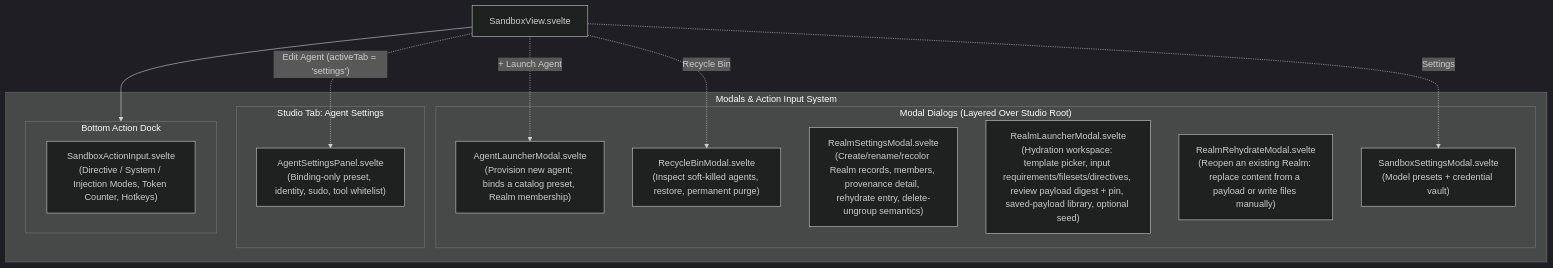
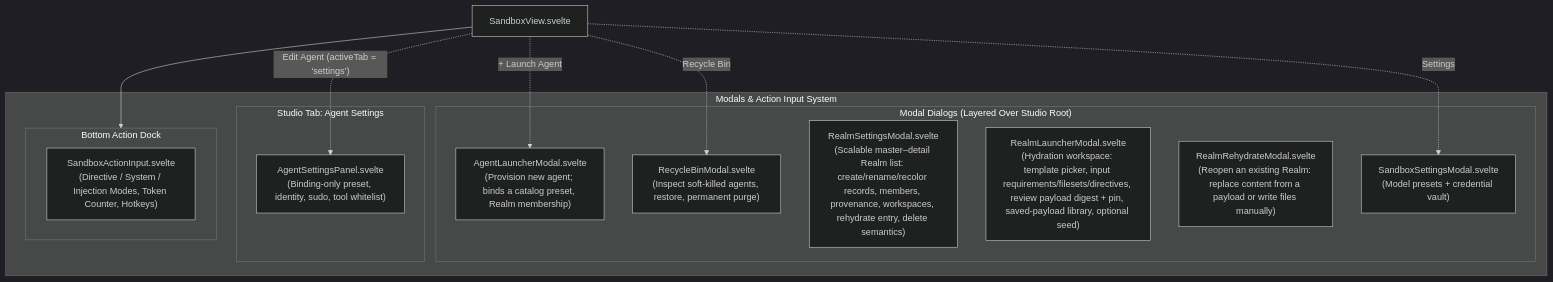
Before and after one commit to crestfallnafterdark/nightcurtain: the first of 4 diagrams in docs/ui/modals_and_dialogs.md, drawn with Mermaid (dark theme). The commit also changed other lines of this file, not shown here.

Commit message:
docs(ui): Realm Manager master-detail decomposition + workspace visibility (ca33e1b)

````diff
--- a/docs/ui/modals_and_dialogs.md
+++ b/docs/ui/modals_and_dialogs.md
@@ -15,27 +15,27 @@
 ```mermaid
 flowchart TD
     subgraph ModalsAndInputs ["Modals & Action Input System"]
         subgraph ModalsArea ["Modal Dialogs (Layered Over Studio Root)"]
             Launcher["AgentLauncherModal.svelte\n(Provision new agent; binds a catalog preset, Realm membership)"]
             Recycle["RecycleBinModal.svelte\n(Inspect soft-killed agents, restore, permanent purge)"]
-            Realm["RealmSettingsModal.svelte\n(Create/rename/recolor Realm records, members, provenance detail, rehydrate entry, delete-ungroup semantics)"]
+            Realm["RealmSettingsModal.svelte\n(Scalable master–detail Realm list: create/rename/recolor records, members, provenance, workspaces, rehydrate entry, delete semantics)"]
             RealmLaunch["RealmLauncherModal.svelte\n(Hydration workspace: template picker, input requirements/filesets/directives, review payload digest + pin, saved-payload library, optional seed)"]
             RealmRehydrate["RealmRehydrateModal.svelte\n(Reopen an existing Realm: replace content from a payload or write files manually)"]
             Settings["SandboxSettingsModal.svelte\n(Model presets + credential vault)"]
         end
 
         subgraph TabArea ["Studio Tab: Agent Settings"]
             SettingsPanel["AgentSettingsPanel.svelte\n(Binding-only preset, identity, sudo, tool whitelist)"]
         end
 
         subgraph DockArea ["Bottom Action Dock"]
             ActionInput["SandboxActionInput.svelte\n(Directive / System / Injection Modes, Token Counter, Hotkeys)"]
         end
     end
 
     StudioRoot["SandboxView.svelte"] -.->|"+ Launch Agent"| Launcher
     StudioRoot -.->|"Edit Agent (activeTab = 'settings')"| SettingsPanel
     StudioRoot -.->|"Recycle Bin"| Recycle
     StudioRoot -.->|"Settings"| Settings
     StudioRoot --> DockArea
 ```
````
